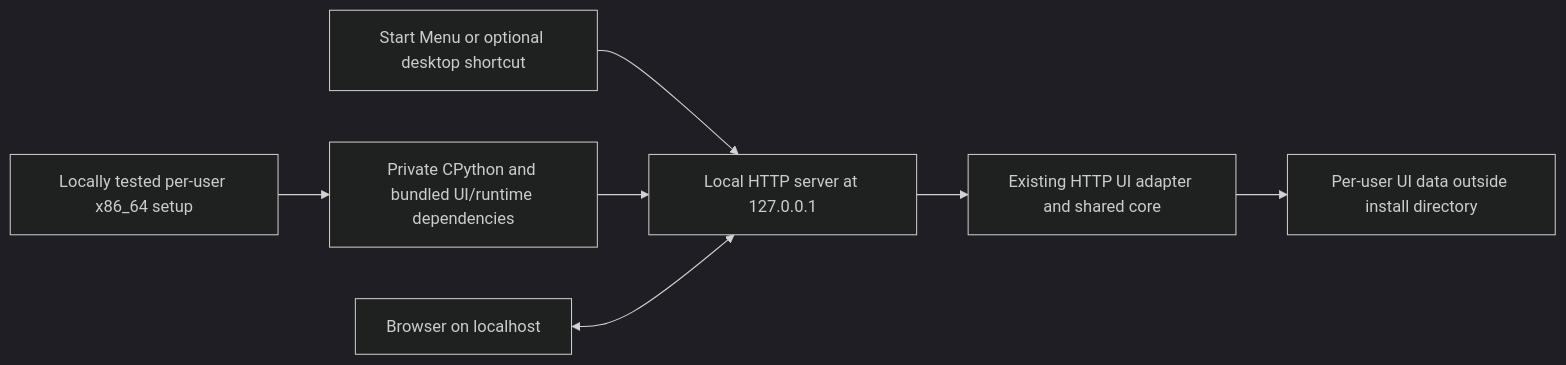
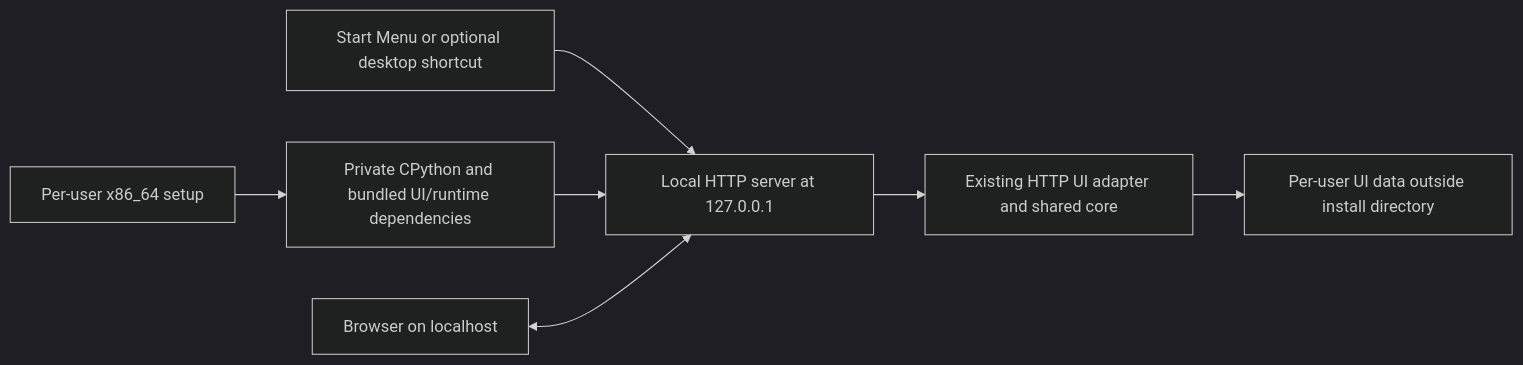
The first of 4 diagrams in docs/architecture.md (scottconverse/textflowkit), drawn with Mermaid (dark theme) before and after one commit. The commit also changed other lines of this file and 15 other files, not shown here.

````diff
--- a/docs/architecture.md
+++ b/docs/architecture.md
@@ -33,9 +33,9 @@
 ```mermaid
 flowchart LR
-    Installer[Locally tested per-user x86_64 setup] --> Runtime[Private CPython and bundled UI/runtime dependencies]
+    Installer[Per-user x86_64 setup] --> Runtime[Private CPython and bundled UI/runtime dependencies]
     Shortcut[Start Menu or optional desktop shortcut] --> Server[Local HTTP server at 127.0.0.1]
     Runtime --> Server
     Browser[Browser on localhost] <--> Server
     Server --> Core[Existing HTTP UI adapter and shared core]
     Core --> Data[Per-user UI data outside install directory]
 ```
````
